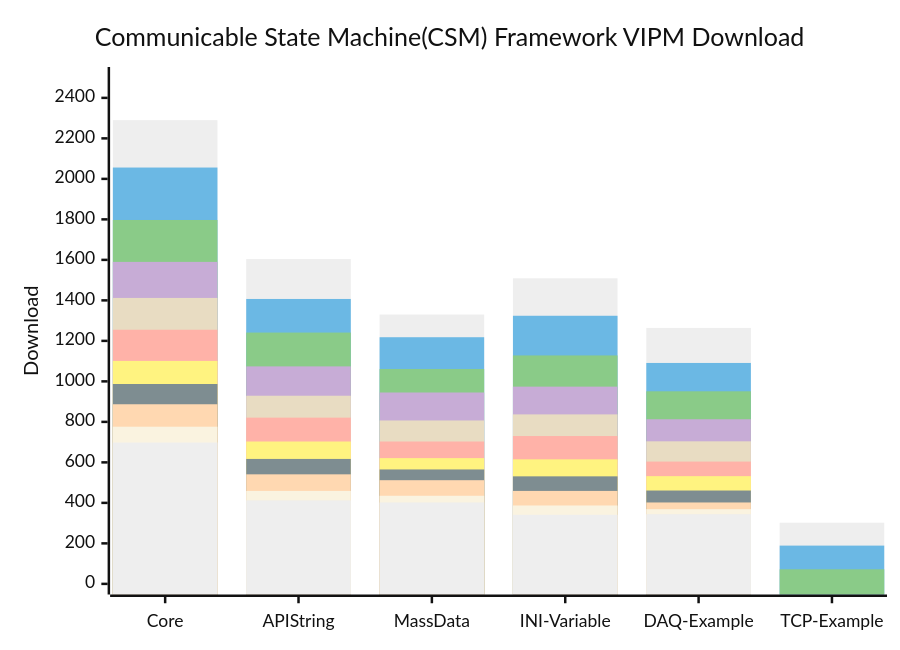
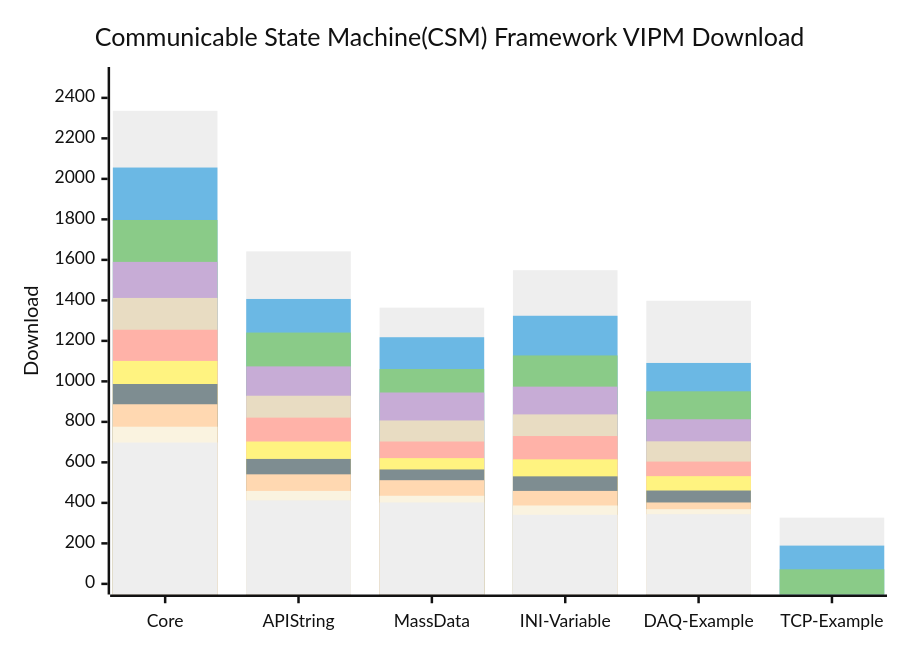
Before and after one commit to NEVSTOP-LAB/.github: the diagram in profile/README.md, drawn with Mermaid (neutral theme).

````diff
--- a/profile/README.md
+++ b/profile/README.md
@@ -31,17 +31,17 @@
 ```mermaid
     xychart-beta
     title "Communicable State Machine(CSM) Framework VIPM Download"
     x-axis [Core, API String, MassData, INI-Variable, DAQ-Example, TCP-Example]
     y-axis "Download" 0 --> 2500
-    bar   [2290, 1604, 1330, 1509, 1264, 302]
+    bar   [2336, 1642, 1364, 1549, 1398, 327]
     bar   [2056, 1407, 1218, 1324, 1091, 189]
     bar   [1797, 1241, 1061, 1128, 951, 72]
     bar   [1590, 1074, 945, 974, 813]
     bar   [1412, 929, 807, 837, 704]
     bar   [1255, 821, 703, 730, 604]
     bar   [1101, 703, 621, 615, 532]
     bar   [987, 617, 565, 531, 461]
     bar   [887, 541, 512, 459, 402]
     bar   [776, 459, 435, 387, 369]
     bar   [698, 412, 402, 341, 344]
 ```
````
